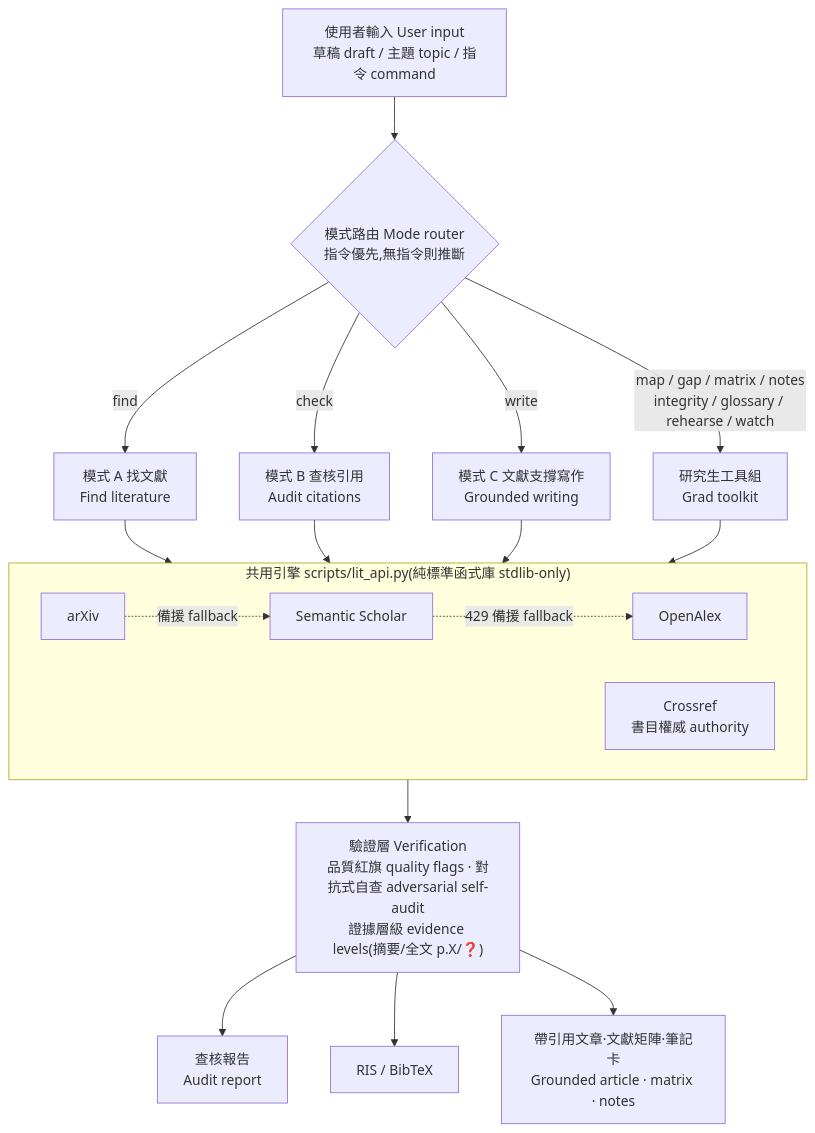
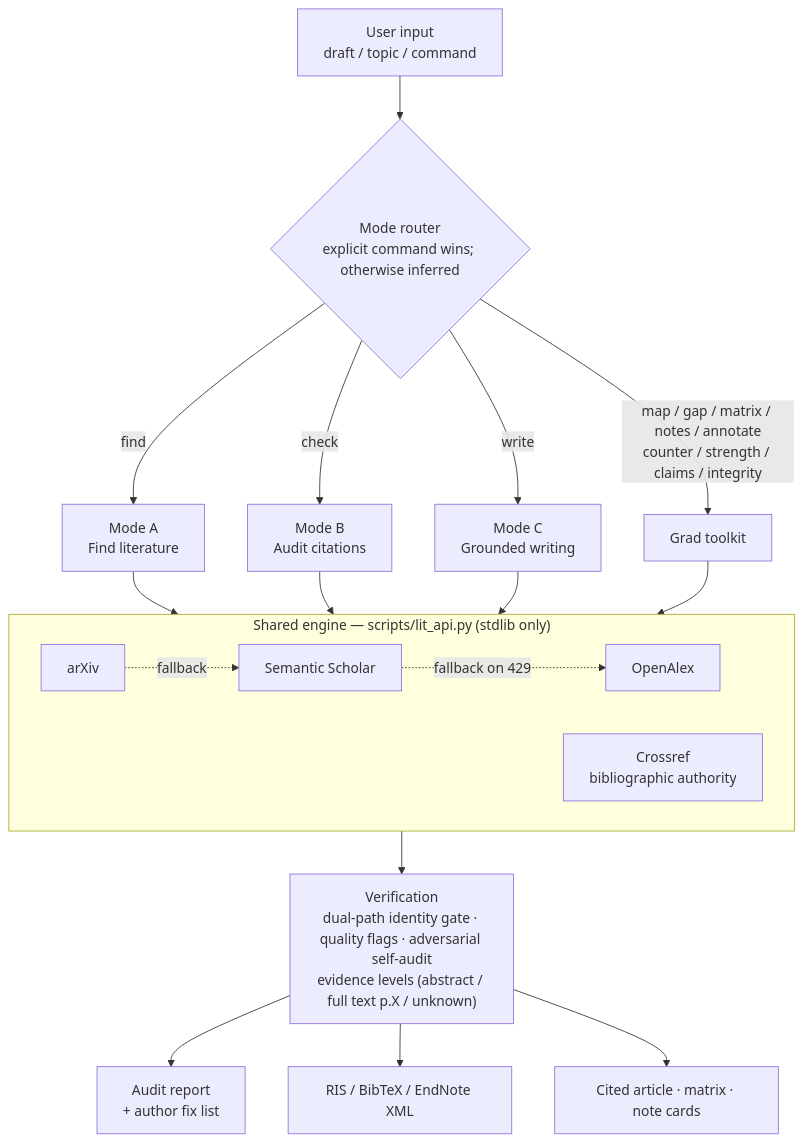
One commit to Zachariah9420/lit-review-skill changed the diagram in README.md. Above: the diagram before and after it, drawn with Mermaid. The commit also changed other lines of this file and 23 other files, not shown here.

First line of the commit message:
Regression + mutation test suites; English diagram; docs catch up

````diff
--- a/README.md
+++ b/README.md
@@ -21,27 +21,27 @@
 ```mermaid
 flowchart TB
-    U["使用者輸入 User input<br/>草稿 draft / 主題 topic / 指令 command"] --> R{"模式路由 Mode router<br/>指令優先,無指令則推斷"}
+    U["User input<br/>draft / topic / command"] --> R{"Mode router<br/>explicit command wins; otherwise inferred"}
 
-    R -->|find| A["模式 A 找文獻<br/>Find literature"]
-    R -->|check| B["模式 B 查核引用<br/>Audit citations"]
-    R -->|write| C["模式 C 文獻支撐寫作<br/>Grounded writing"]
-    R -->|"map / gap / matrix / notes<br/>integrity / glossary / rehearse / watch"| G["研究生工具組<br/>Grad toolkit"]
+    R -->|find| A["Mode A<br/>Find literature"]
+    R -->|check| B["Mode B<br/>Audit citations"]
+    R -->|write| C["Mode C<br/>Grounded writing"]
+    R -->|"map / gap / matrix / notes / annotate<br/>counter / strength / claims / integrity"| G["Grad toolkit"]
 
     A --> E
     B --> E
     C --> E
     G --> E
 
-    subgraph E["共用引擎 scripts/lit_api.py(純標準函式庫 stdlib-only)"]
+    subgraph E["Shared engine — scripts/lit_api.py (stdlib only)"]
         direction LR
-        S2["Semantic Scholar"] -. "429 備援 fallback" .-> OA["OpenAlex"]
-        AX["arXiv"] -. "備援 fallback" .-> S2
-        CR["Crossref<br/>書目權威 authority"]
+        S2["Semantic Scholar"] -. "fallback on 429" .-> OA["OpenAlex"]
+        AX["arXiv"] -. "fallback" .-> S2
+        CR["Crossref<br/>bibliographic authority"]
     end
 
-    E --> V["驗證層 Verification<br/>品質紅旗 quality flags · 對抗式自查 adversarial self-audit<br/>證據層級 evidence levels(摘要/全文 p.X/❓)"]
+    E --> V["Verification<br/>dual-path identity gate · quality flags · adversarial self-audit<br/>evidence levels (abstract / full text p.X / unknown)"]
 
-    V --> O1["查核報告<br/>Audit report"]
-    V --> O2["RIS / BibTeX"]
-    V --> O3["帶引用文章·文獻矩陣·筆記卡<br/>Grounded article · matrix · notes"]
+    V --> O1["Audit report<br/>+ author fix list"]
+    V --> O2["RIS / BibTeX / EndNote XML"]
+    V --> O3["Cited article · matrix · note cards"]
 ```
````
